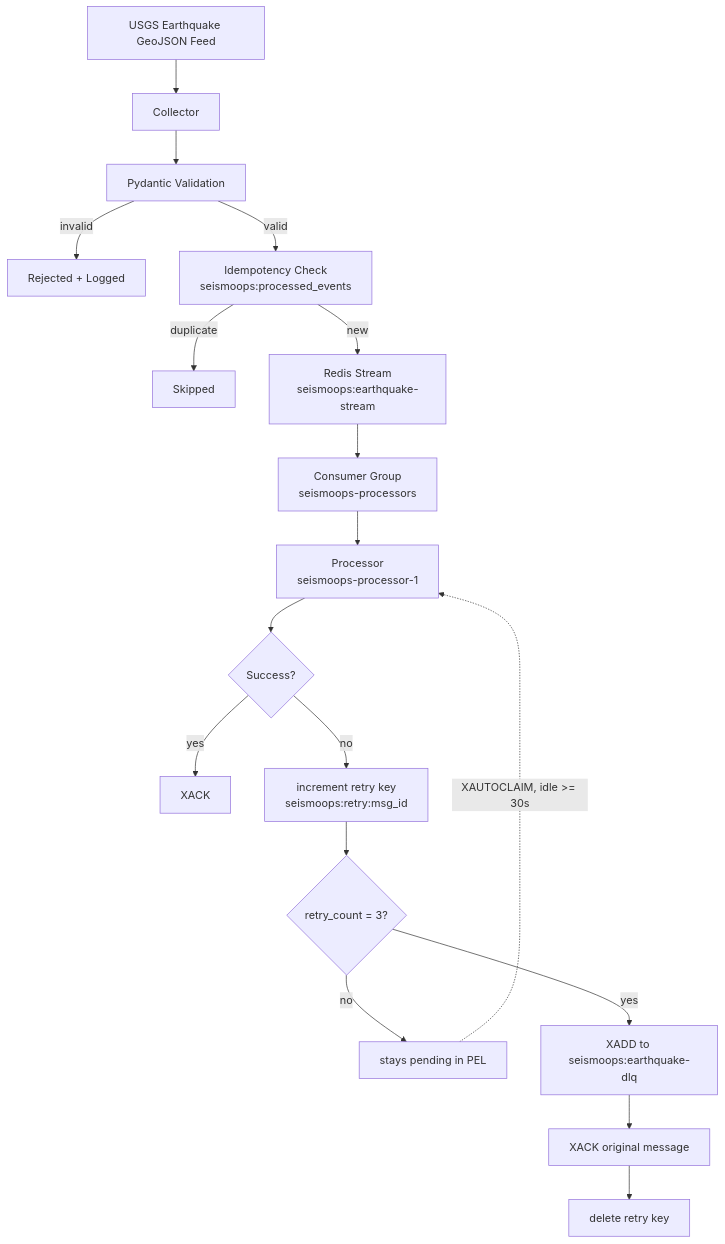
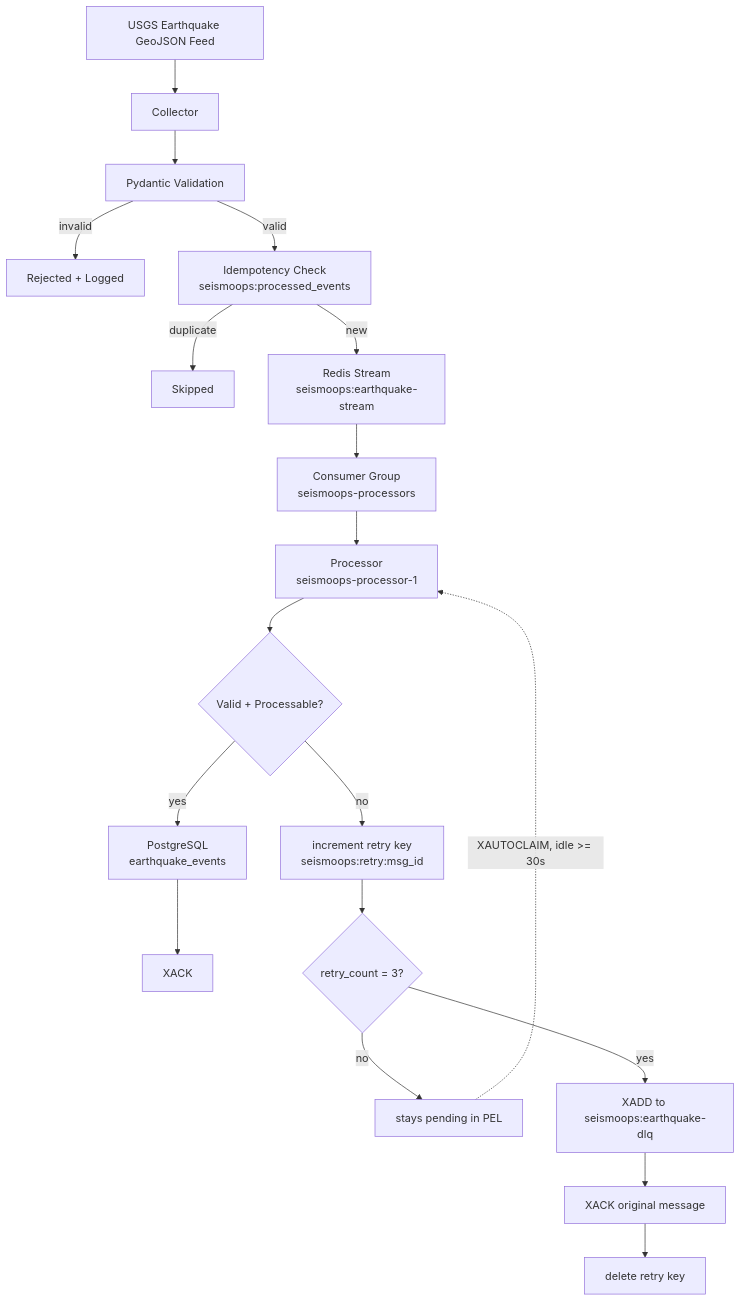
One commit to ShashiKaran-git/seismoops-platform changed the diagram in README.md. Above: the diagram before and after it, drawn with Mermaid. The commit also changed other lines of this file, not shown here.

Commit message:
docs: update README for postgreSQL persistence

````diff
--- a/README.md
+++ b/README.md
@@ -18,20 +18,23 @@
 ```mermaid
 flowchart TD
     A[USGS Earthquake GeoJSON Feed] --> B[Collector]
     B --> C[Pydantic Validation]
     C -->|invalid| X[Rejected + Logged]
     C -->|valid| D[Idempotency Check<br/>seismoops:processed_events]
     D -->|duplicate| Y[Skipped]
     D -->|new| E[Redis Stream<br/>seismoops:earthquake-stream]
     E --> F[Consumer Group<br/>seismoops-processors]
     F --> G[Processor<br/>seismoops-processor-1]
-    G --> H{Success?}
-    H -->|yes| I[XACK]
-    H -->|no| J[increment retry key<br/>seismoops:retry:msg_id]
-    J --> K{retry_count = 3?}
-    K -->|no| L[stays pending in PEL]
-    L -.->|XAUTOCLAIM, idle >= 30s| G
-    K -->|yes| M[XADD to seismoops:earthquake-dlq]
-    M --> N[XACK original message]
-    N --> O[delete retry key]
+    G --> H{Valid + Processable?}
+
+    H -->|yes| I[PostgreSQL<br/>earthquake_events]
+    I --> J[XACK]
+
+    H -->|no| K[increment retry key<br/>seismoops:retry:msg_id]
+    K --> L{retry_count = 3?}
+    L -->|no| M[stays pending in PEL]
+    M -.->|XAUTOCLAIM, idle >= 30s| G
+    L -->|yes| N[XADD to seismoops:earthquake-dlq]
+    N --> O[XACK original message]
+    O --> P[delete retry key]
 ```
````
